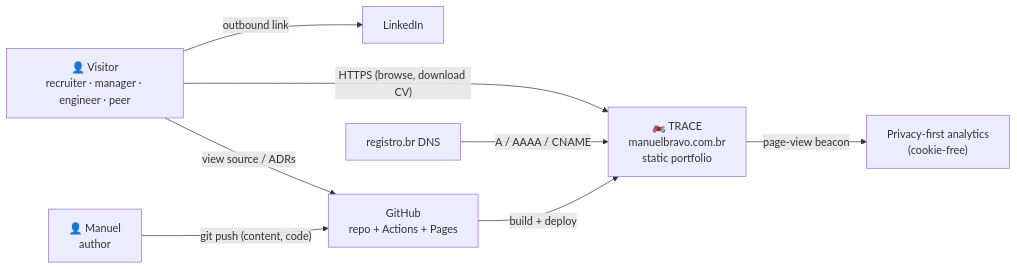
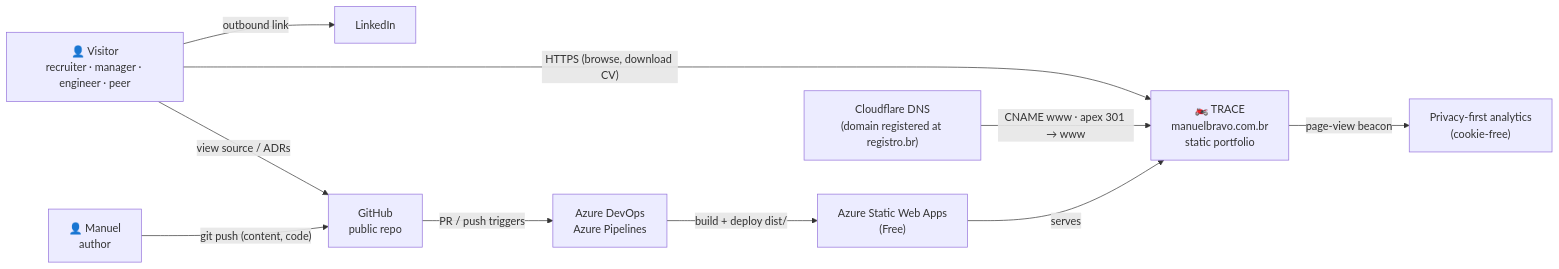
One commit to Bravodin/portifolio_bravo changed the first of 4 diagrams in docs/architecture/overview.md. Above: the diagram before and after it, drawn with Mermaid. The commit also changed other lines of this file and 9 other files, not shown here.

First line of the commit message:
docs: record Azure Pipelines + Static Web Apps decision (ADR-0009)

````diff
--- a/docs/architecture/overview.md
+++ b/docs/architecture/overview.md
@@ -9,18 +9,22 @@
 ```mermaid
 flowchart LR
     V["👤 Visitor<br/>recruiter · manager · engineer · peer"]
     S["🏍️ TRACE<br/>manuelbravo.com.br<br/>static portfolio"]
     LI["LinkedIn"]
-    GH["GitHub<br/>repo + Actions + Pages"]
+    GH["GitHub<br/>public repo"]
+    AZ["Azure DevOps<br/>Azure Pipelines"]
+    SWA["Azure Static Web Apps<br/>(Free)"]
     AN["Privacy-first analytics<br/>(cookie-free)"]
-    DNS["registro.br DNS"]
+    DNS["Cloudflare DNS<br/>(domain registered at registro.br)"]
     M["👤 Manuel<br/>author"]
 
     V -- "HTTPS (browse, download CV)" --> S
     V -- "outbound link" --> LI
     V -- "view source / ADRs" --> GH
     S -- "page-view beacon" --> AN
-    DNS -- "A / AAAA / CNAME" --> S
+    DNS -- "CNAME www · apex 301 → www" --> S
     M -- "git push (content, code)" --> GH
-    GH -- "build + deploy" --> S
+    GH -- "PR / push triggers" --> AZ
+    AZ -- "build + deploy dist/" --> SWA
+    SWA -- "serves" --> S
 ```
````
